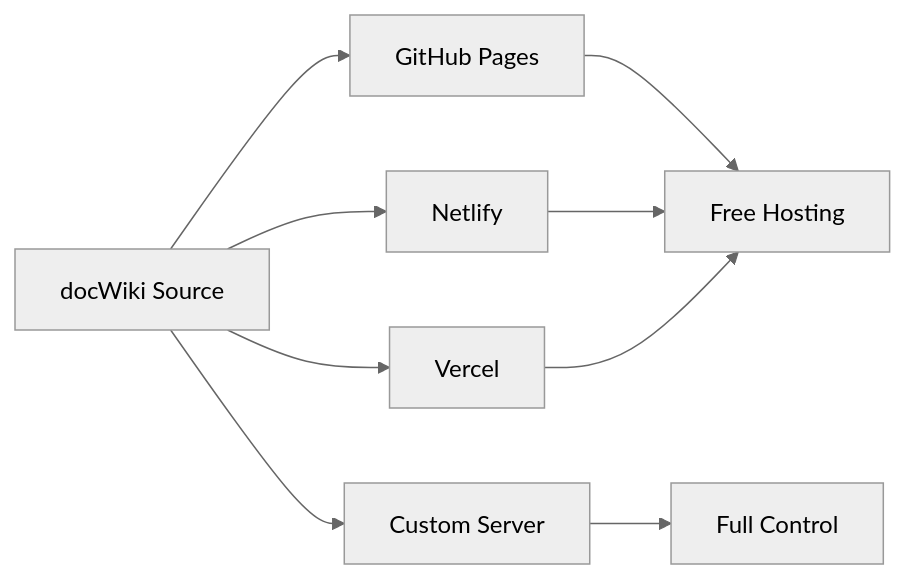
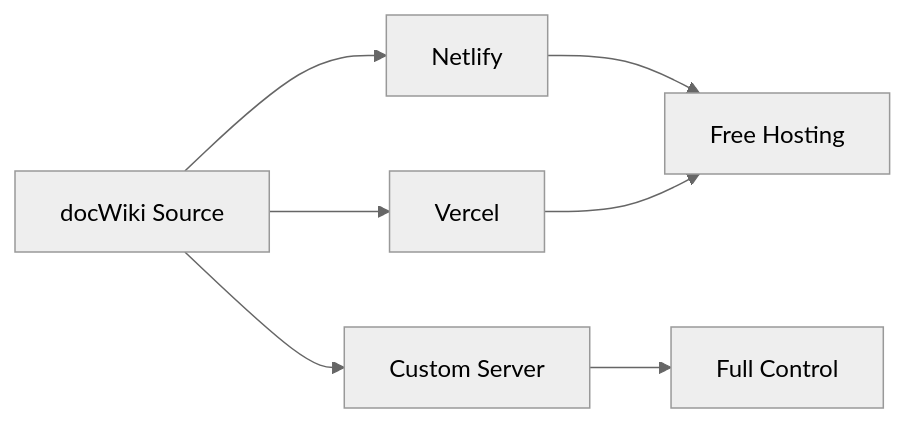
One commit to gearzhan/docWiki changed the seventh of 7 diagrams in docs/faq/README.md. Above: the diagram before and after it, drawn with Mermaid (neutral theme).

Commit message:
docs: remove GitHub Pages references from deployment options

````diff
--- a/docs/faq/README.md
+++ b/docs/faq/README.md
@@ -211,12 +211,10 @@
 ```mermaid
 flowchart LR
-    A[docWiki Source] --> B[GitHub Pages]
-    A --> C[Netlify]
-    A --> D[Vercel]
-    A --> E[Custom Server]
+    A[docWiki Source] --> B[Netlify]
+    A --> C[Vercel]
+    A --> D[Custom Server]
     
-    B --> F[Free Hosting]
-    C --> F
-    D --> F
-    E --> G[Full Control]
+    B --> E[Free Hosting]
+    C --> E
+    D --> F[Full Control]
 ```
````
